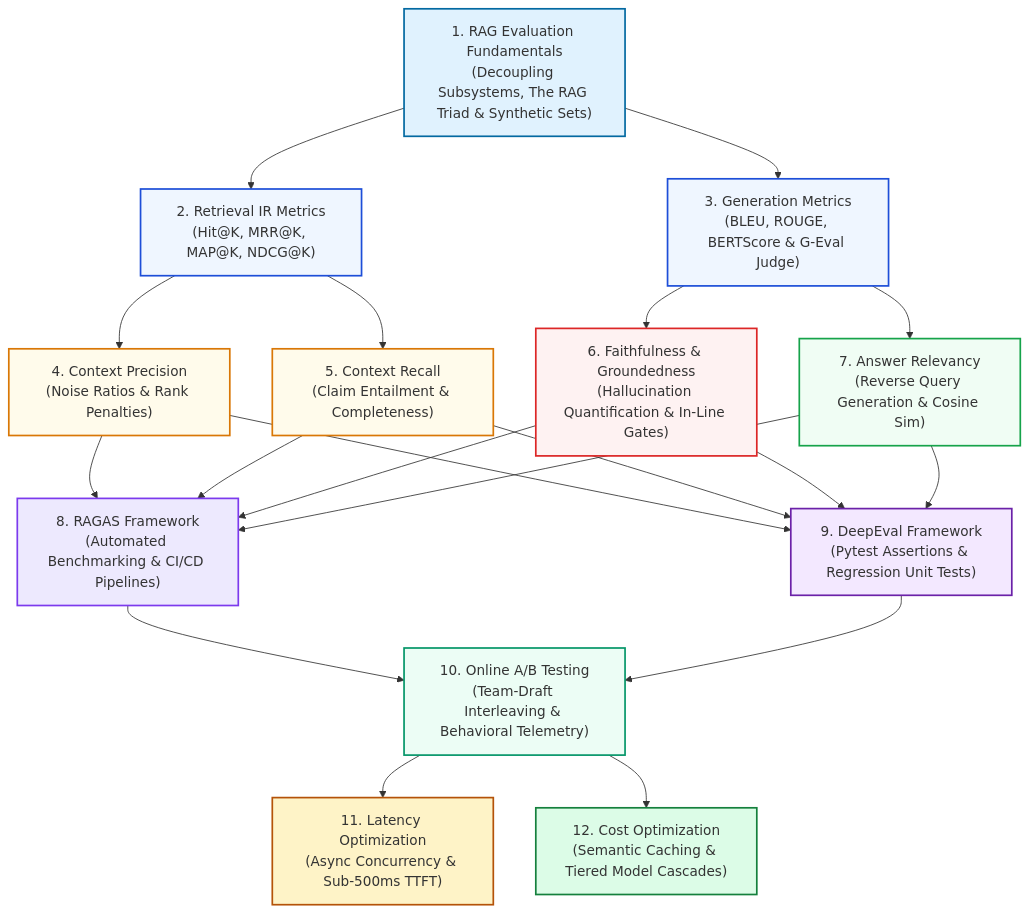
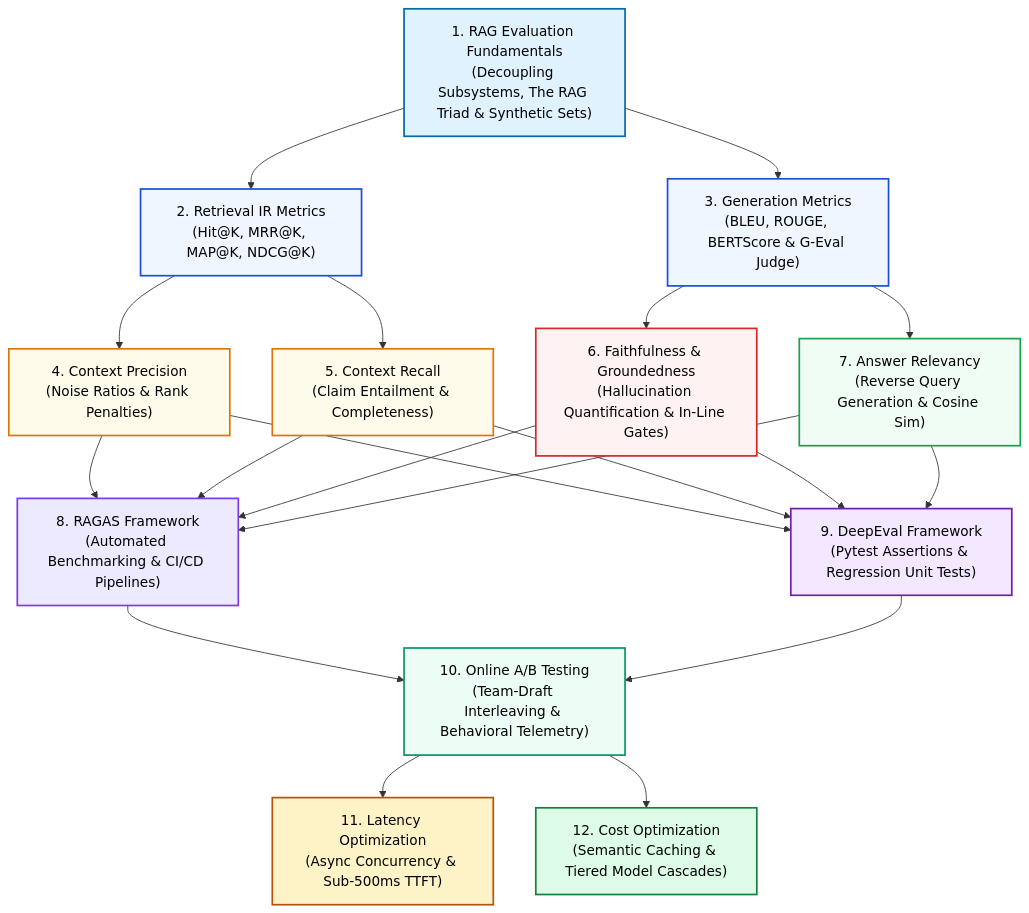
One commit to swapnil3104/RAG-Engineering changed the first of 2 diagrams in 08-RAG-Evaluation-and-Optimization/README.md. Above: the diagram before and after it, drawn with Mermaid. The commit also changed other lines of this file and 108 other files, not shown here.

Commit message:
fix: make chart text visible across all Mermaid diagrams and resolve markdown table formatting issues

````diff
--- a/08-RAG-Evaluation-and-Optimization/README.md
+++ b/08-RAG-Evaluation-and-Optimization/README.md
@@ -30,32 +30,32 @@
 ```mermaid
 flowchart TD
     M1["1. RAG Evaluation Fundamentals<br/>(Decoupling Subsystems, The RAG Triad & Synthetic Sets)"] --> M2["2. Retrieval IR Metrics<br/>(Hit@K, MRR@K, MAP@K, NDCG@K)"]
     M1 --> M3["3. Generation Metrics<br/>(BLEU, ROUGE, BERTScore & G-Eval Judge)"]
     
     M2 --> M4["4. Context Precision<br/>(Noise Ratios & Rank Penalties)"]
     M2 --> M5["5. Context Recall<br/>(Claim Entailment & Completeness)"]
     
     M3 --> M6["6. Faithfulness & Groundedness<br/>(Hallucination Quantification & In-Line Gates)"]
     M3 --> M7["7. Answer Relevancy<br/>(Reverse Query Generation & Cosine Sim)"]
     
     M4 & M5 & M6 & M7 --> M8["8. RAGAS Framework<br/>(Automated Benchmarking & CI/CD Pipelines)"]
     M4 & M5 & M6 & M7 --> M9["9. DeepEval Framework<br/>(Pytest Assertions & Regression Unit Tests)"]
     
     M8 & M9 --> M10["10. Online A/B Testing<br/>(Team-Draft Interleaving & Behavioral Telemetry)"]
     
     M10 --> M11["11. Latency Optimization<br/>(Async Concurrency & Sub-500ms TTFT)"]
     M10 --> M12["12. Cost Optimization<br/>(Semantic Caching & Tiered Model Cascades)"]
 
-    style M1 fill:#e0f2fe,stroke:#0369a1,stroke-width:2px
-    style M2 fill:#eff6ff,stroke:#1d4ed8,stroke-width:2px
-    style M3 fill:#eff6ff,stroke:#1d4ed8,stroke-width:2px
-    style M4 fill:#fffbeb,stroke:#d97706,stroke-width:2px
-    style M5 fill:#fffbeb,stroke:#d97706,stroke-width:2px
-    style M6 fill:#fef2f2,stroke:#dc2626,stroke-width:2px
-    style M7 fill:#f0fdf4,stroke:#16a34a,stroke-width:2px
-    style M8 fill:#ede9fe,stroke:#7c3aed,stroke-width:2px
-    style M9 fill:#f3e8ff,stroke:#6b21a8,stroke-width:2px
-    style M10 fill:#ecfdf5,stroke:#059669,stroke-width:2px
-    style M11 fill:#fef3c7,stroke:#b45309,stroke-width:2px
-    style M12 fill:#dcfce7,stroke:#15803d,stroke-width:2px
+    style M1 fill:#e0f2fe,stroke:#0369a1,stroke-width:2px,color:#000000
+    style M2 fill:#eff6ff,stroke:#1d4ed8,stroke-width:2px,color:#000000
+    style M3 fill:#eff6ff,stroke:#1d4ed8,stroke-width:2px,color:#000000
+    style M4 fill:#fffbeb,stroke:#d97706,stroke-width:2px,color:#000000
+    style M5 fill:#fffbeb,stroke:#d97706,stroke-width:2px,color:#000000
+    style M6 fill:#fef2f2,stroke:#dc2626,stroke-width:2px,color:#000000
+    style M7 fill:#f0fdf4,stroke:#16a34a,stroke-width:2px,color:#000000
+    style M8 fill:#ede9fe,stroke:#7c3aed,stroke-width:2px,color:#000000
+    style M9 fill:#f3e8ff,stroke:#6b21a8,stroke-width:2px,color:#000000
+    style M10 fill:#ecfdf5,stroke:#059669,stroke-width:2px,color:#000000
+    style M11 fill:#fef3c7,stroke:#b45309,stroke-width:2px,color:#000000
+    style M12 fill:#dcfce7,stroke:#15803d,stroke-width:2px,color:#000000
 ```
````
